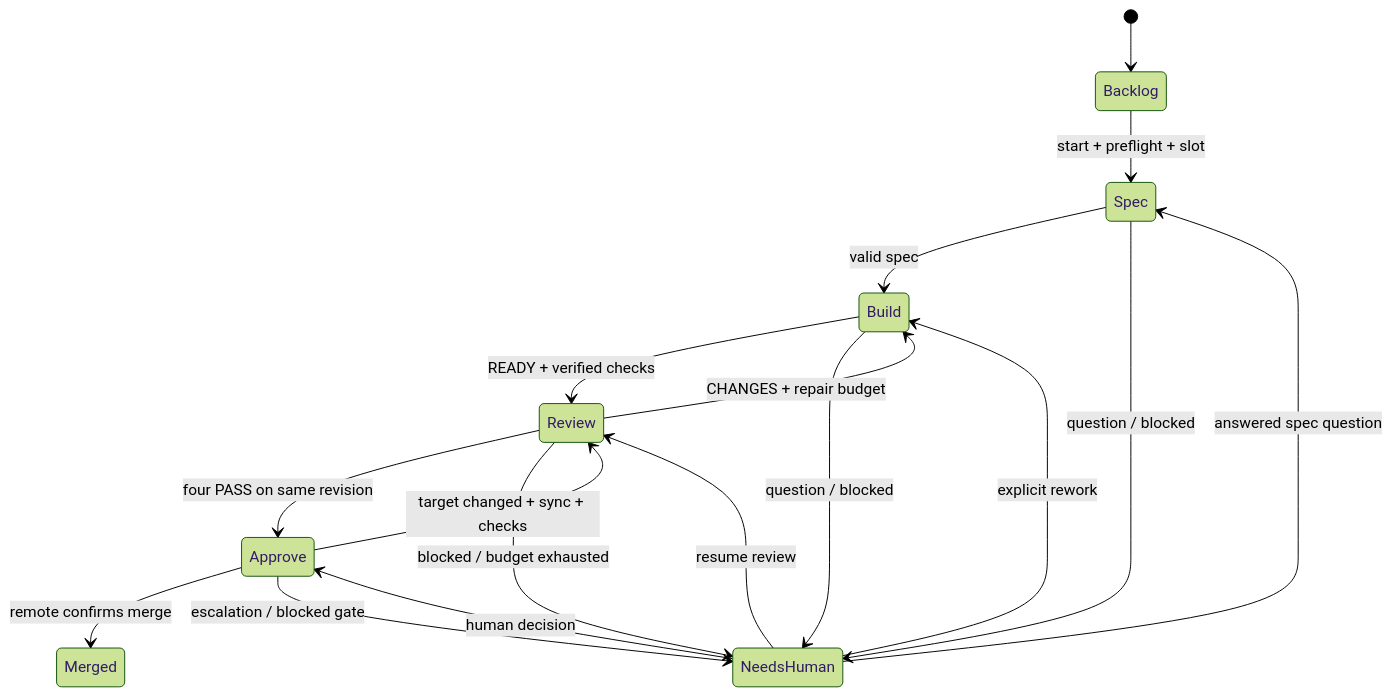
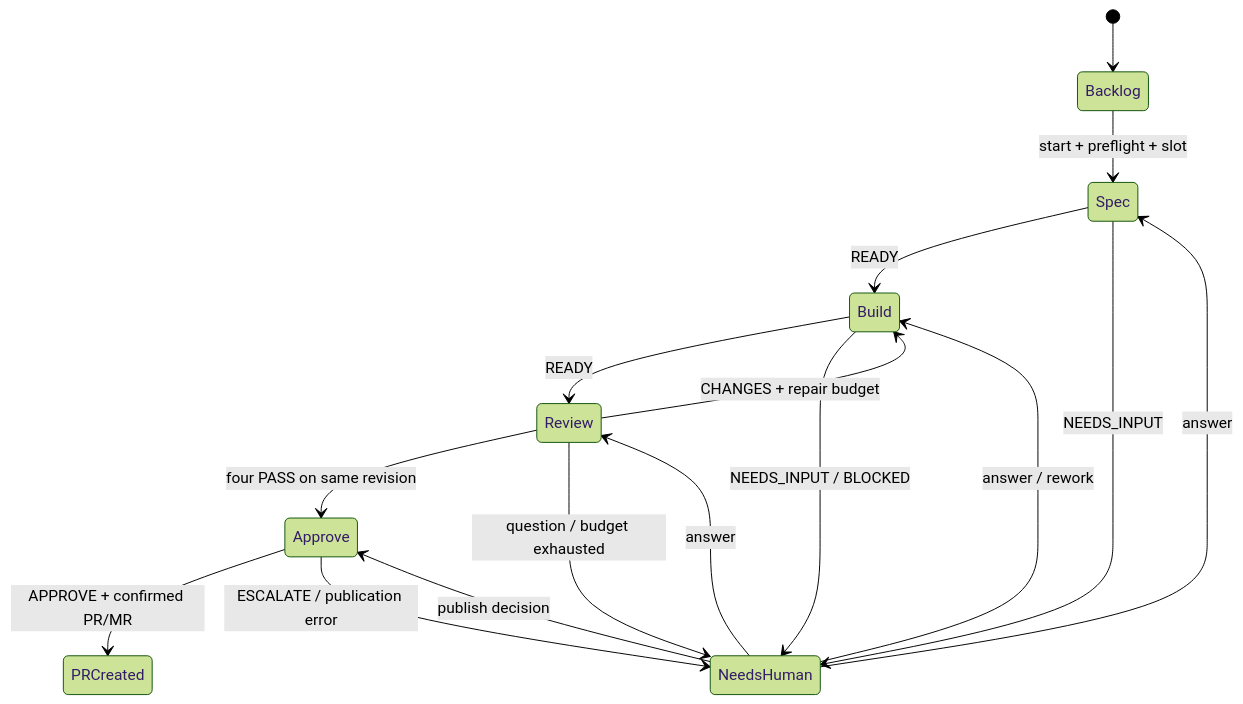
One commit to ek2kk/swfactory changed the diagram in docs/TECHNICAL_DESIGN.md. Above: the diagram before and after it, drawn with Mermaid (forest theme). The commit also changed other lines of this file and 2 other files, not shown here.

````diff
--- a/docs/TECHNICAL_DESIGN.md
+++ b/docs/TECHNICAL_DESIGN.md
@@ -120,19 +86,18 @@
 ```mermaid
 stateDiagram-v2
     [*] --> Backlog
     Backlog --> Spec: start + preflight + slot
-    Spec --> Build: valid spec
-    Build --> Review: READY + verified checks
+    Spec --> Build: READY
+    Build --> Review: READY
     Review --> Build: CHANGES + repair budget
     Review --> Approve: four PASS on same revision
-    Approve --> Merged: remote confirms merge
-    Approve --> Review: target changed + sync + checks
-    Spec --> NeedsHuman: question / blocked
-    Build --> NeedsHuman: question / blocked
-    Review --> NeedsHuman: blocked / budget exhausted
-    Approve --> NeedsHuman: escalation / blocked gate
-    NeedsHuman --> Spec: answered spec question
-    NeedsHuman --> Build: explicit rework
-    NeedsHuman --> Review: resume review
-    NeedsHuman --> Approve: human decision
+    Approve --> PRCreated: APPROVE + confirmed PR/MR
+    Spec --> NeedsHuman: NEEDS_INPUT
+    Build --> NeedsHuman: NEEDS_INPUT / BLOCKED
+    Review --> NeedsHuman: question / budget exhausted
+    Approve --> NeedsHuman: ESCALATE / publication error
+    NeedsHuman --> Spec: answer
+    NeedsHuman --> Build: answer / rework
+    NeedsHuman --> Review: answer
+    NeedsHuman --> Approve: publish decision
 ```
````
